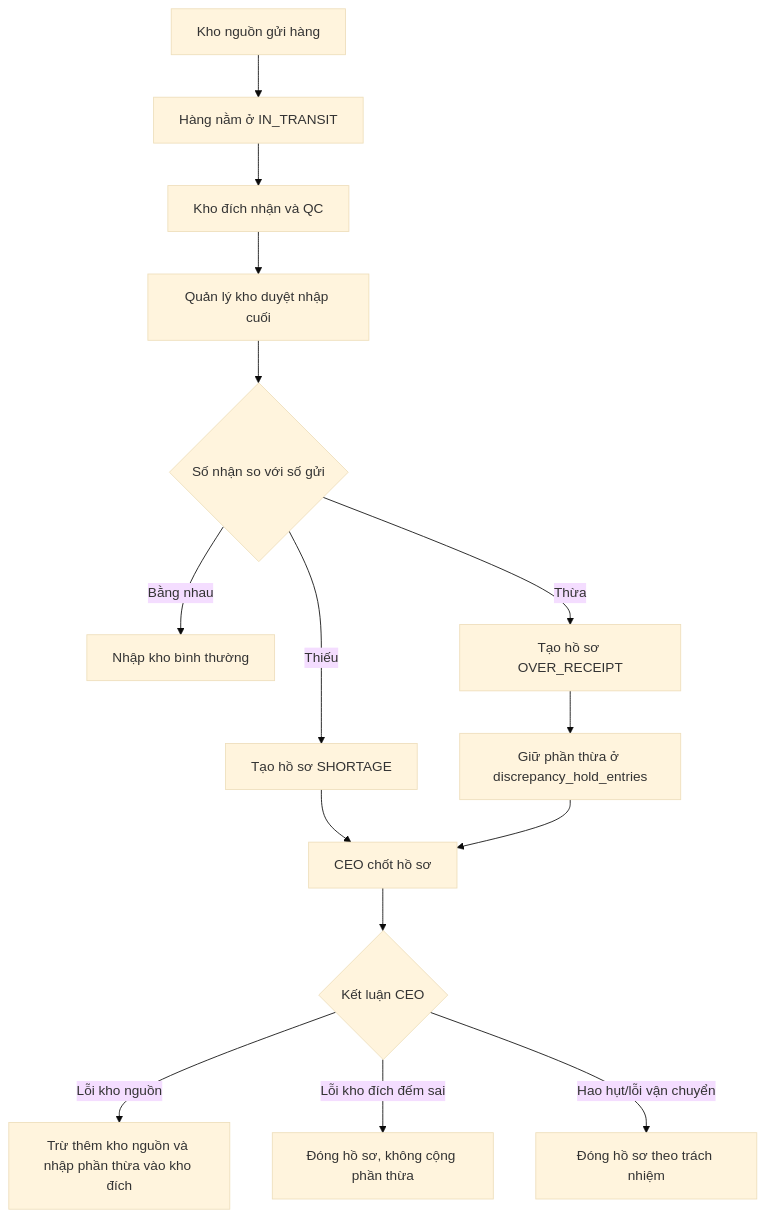
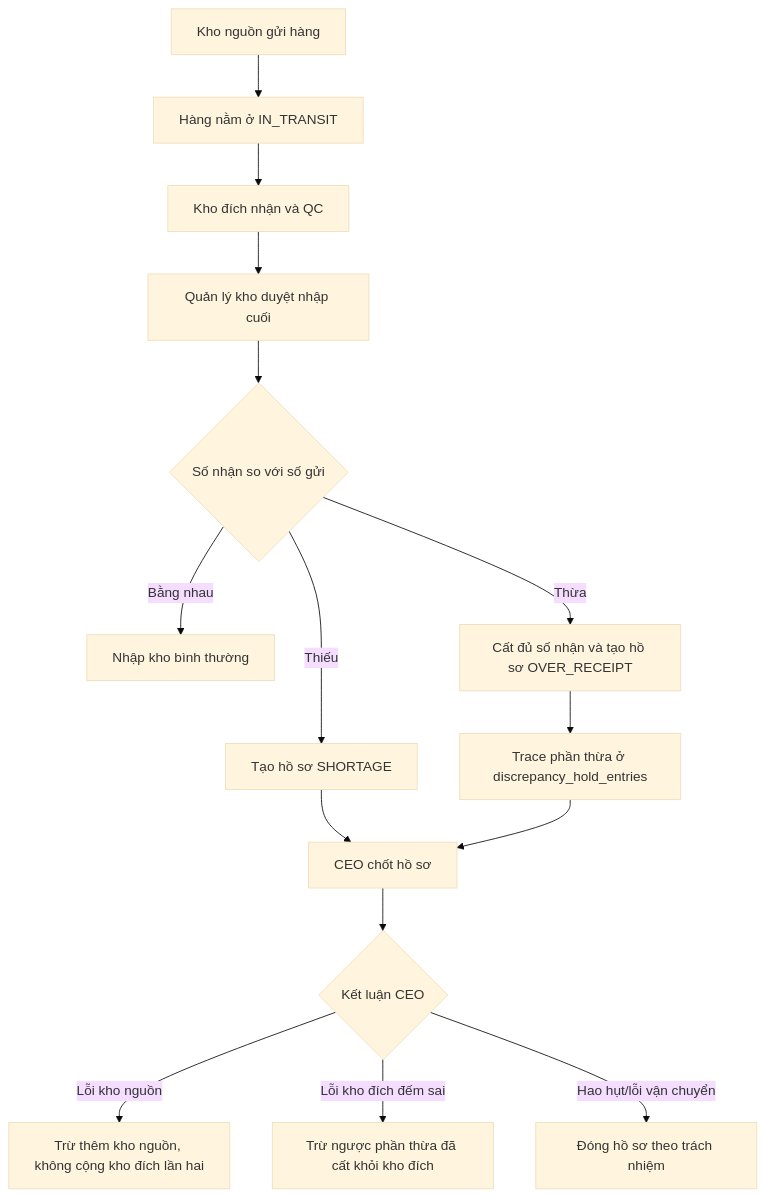
The diagram in feat-flow/transfer-discrepancy-flow.md (Manager-warehouse/Manager-warehouse-sdd), drawn with Mermaid (base theme) before and after one commit. The commit also changed other lines of this file and 12 other files, not shown here.

````diff
--- a/feat-flow/transfer-discrepancy-flow.md
+++ b/feat-flow/transfer-discrepancy-flow.md
@@ -22,17 +22,17 @@
 ```mermaid
 flowchart TD
     A[Kho nguồn gửi hàng] --> B[Hàng nằm ở IN_TRANSIT]
     B --> C[Kho đích nhận và QC]
     C --> D[Quản lý kho duyệt nhập cuối]
     D --> E{Số nhận so với số gửi}
     E -->|Bằng nhau| F[Nhập kho bình thường]
     E -->|Thiếu| G[Tạo hồ sơ SHORTAGE]
-    E -->|Thừa| H[Tạo hồ sơ OVER_RECEIPT]
-    H --> I[Giữ phần thừa ở discrepancy_hold_entries]
+    E -->|Thừa| H[Cất đủ số nhận và tạo hồ sơ OVER_RECEIPT]
+    H --> I[Trace phần thừa ở discrepancy_hold_entries]
     G --> J[CEO chốt hồ sơ]
     I --> J
     J --> K{Kết luận CEO}
-    K -->|Lỗi kho nguồn| L[Trừ thêm kho nguồn và nhập phần thừa vào kho đích]
-    K -->|Lỗi kho đích đếm sai| M[Đóng hồ sơ, không cộng phần thừa]
+    K -->|Lỗi kho nguồn| L[Trừ thêm kho nguồn, không cộng kho đích lần hai]
+    K -->|Lỗi kho đích đếm sai| M[Trừ ngược phần thừa đã cất khỏi kho đích]
     K -->|Hao hụt/lỗi vận chuyển| N[Đóng hồ sơ theo trách nhiệm]
 ```
````
